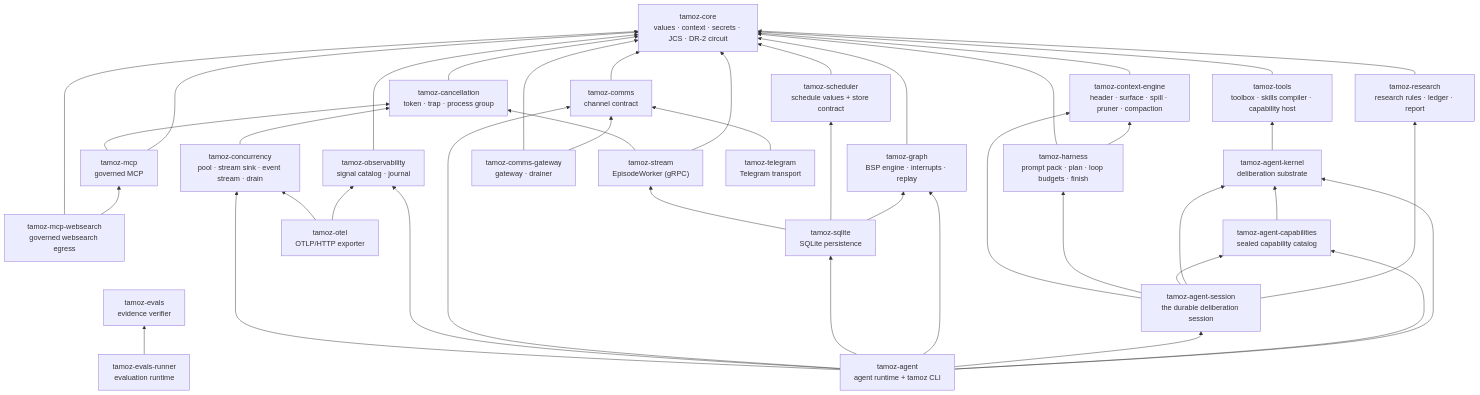
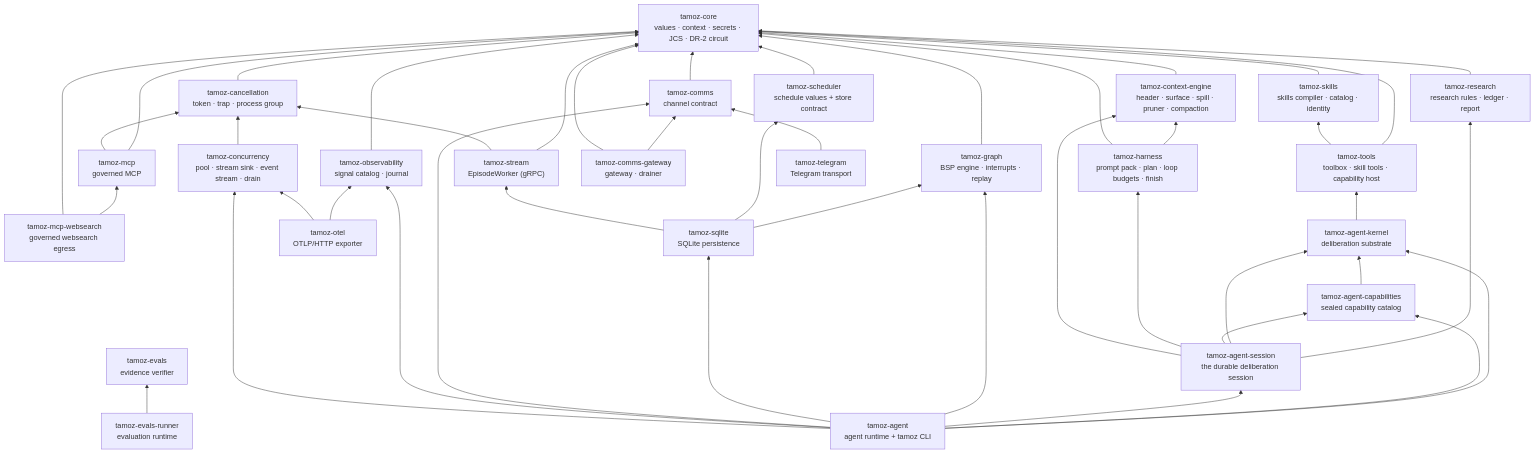
Before and after one commit to ghassan-ai-projects/tamoz: the diagram in documentation/architecture/gems.md, drawn with Mermaid. The commit also changed other lines of this file and 41 other files, not shown here.

First line of the commit message:
refactor(skills): move the skills compiler into the tamoz-skills gem

````diff
--- a/documentation/architecture/gems.md
+++ b/documentation/architecture/gems.md
@@ -10,77 +10,80 @@
 ```mermaid
 flowchart BT
     CORE["tamoz-core<br/>values · context · secrets · JCS · DR-2 circuit"]
 
     CAN["tamoz-cancellation<br/>token · trap · process group"]
     CON["tamoz-concurrency<br/>pool · stream sink · event stream · drain"]
     G["tamoz-graph<br/>BSP engine · interrupts · replay"]
     SCH["tamoz-scheduler<br/>schedule values + store contract"]
     STR["tamoz-stream<br/>EpisodeWorker (gRPC)"]
-    T["tamoz-tools<br/>toolbox · skills compiler · capability host"]
+    SK["tamoz-skills<br/>skills compiler · catalog · identity"]
+    T["tamoz-tools<br/>toolbox · skill tools · capability host"]
     CE["tamoz-context-engine<br/>header · surface · spill · pruner · compaction"]
     H["tamoz-harness<br/>prompt pack · plan · loop budgets · finish"]
     RS["tamoz-research<br/>research rules · ledger · report"]
     M["tamoz-mcp<br/>governed MCP"]
     MW["tamoz-mcp-websearch<br/>governed websearch egress"]
     C["tamoz-comms<br/>channel contract"]
     CG["tamoz-comms-gateway<br/>gateway · drainer"]
     O["tamoz-observability<br/>signal catalog · journal"]
 
     SQL["tamoz-sqlite<br/>SQLite persistence"]
     OTEL["tamoz-otel<br/>OTLP/HTTP exporter"]
     TG["tamoz-telegram<br/>Telegram transport"]
 
     AK["tamoz-agent-kernel<br/>deliberation substrate"]
     ACAP["tamoz-agent-capabilities<br/>sealed capability catalog"]
     ASESS["tamoz-agent-session<br/>the durable deliberation session"]
     AGENT["tamoz-agent<br/>agent runtime + tamoz CLI"]
 
     EVALS["tamoz-evals<br/>evidence verifier"]
     RUNNER["tamoz-evals-runner<br/>evaluation runtime"]
 
     G --> CORE
     SCH --> CORE
     STR --> CORE
     STR --> CAN
     T --> CORE
     CE --> CORE
     H --> CE
     H --> CORE
     RS --> CORE
+    SK --> CORE
+    T --> SK
     ASESS --> RS
     M --> CORE
     M --> CAN
     MW --> M
     MW --> CORE
     C --> CORE
     CG --> C
     CG --> CORE
     O --> CORE
 
     CAN --> CORE
     CON --> CAN
 
     SQL --> G
     SQL --> SCH
     SQL --> STR
     OTEL --> O
     OTEL --> CON
     TG --> C
 
     AK --> T
     ACAP --> AK
     ASESS --> AK
     ASESS --> ACAP
     ASESS --> H
     ASESS --> CE
     AGENT --> AK
     AGENT --> ACAP
     AGENT --> ASESS
     AGENT --> G
     AGENT --> SQL
     AGENT --> C
     AGENT --> O
     AGENT --> CON
 
     RUNNER --> EVALS
 ```
````
